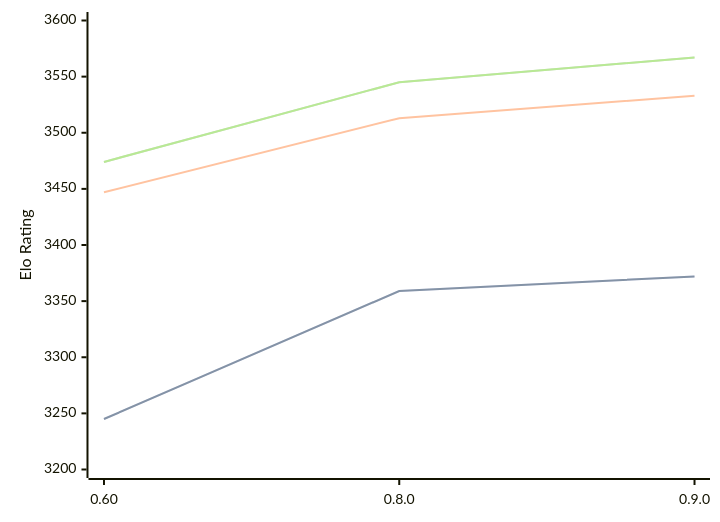
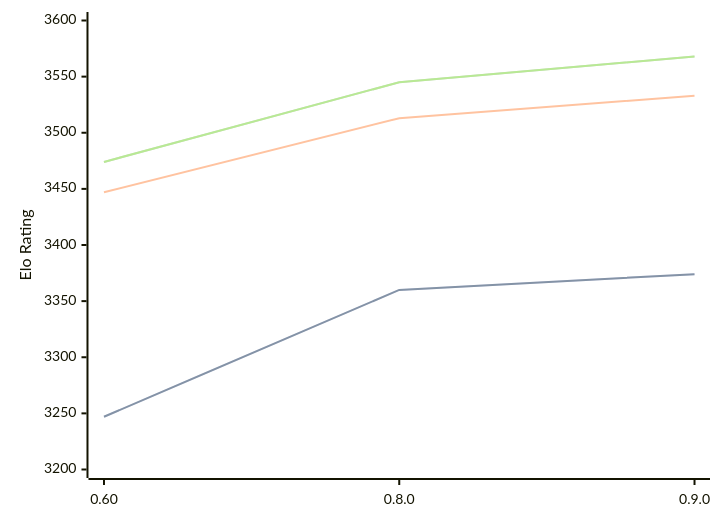
Before and after one commit to computer-chess-index/cci: the diagram in engines/Motor.md, drawn with Mermaid. The commit also changed other lines of this file, not shown here.

Commit message:
Update CCI Ratings (ELO VLTC) - 2026-04-25

````diff
--- a/engines/Motor.md
+++ b/engines/Motor.md
@@ -39,11 +39,11 @@
 ```mermaid
 %%{init: {"theme":"base","themeVariables":{"seriesColors:['#a3a3a3','#222221','#faa371']}}}%%
 xychart-beta
   x-axis ["0.60", "0.8.0", "0.9.0"]
   y-axis "Elo Rating" 3200 --> 3600
-  line "STC (8.0+0.08s)" [3245, 3359, 3372]
-  line "STC (8.0+0.08s)" [3245, 3359, 3372]
+  line "STC (8.0+0.08s)" [3247, 3360, 3374]
+  line "STC (8.0+0.08s)" [3247, 3360, 3374]
   line "LTC (60.0+0.60s)" [3447, 3513, 3533]
-  line "VLTC (2m24s+1.12s)" [3474, 3545, 3567]
-  line "VLTC (2m24s+1.12s)" [3474, 3545, 3567]
+  line "VLTC (2m24s+1.12s)" [3474, 3545, 3568]
+  line "VLTC (2m24s+1.12s)" [3474, 3545, 3568]
 ```
````
